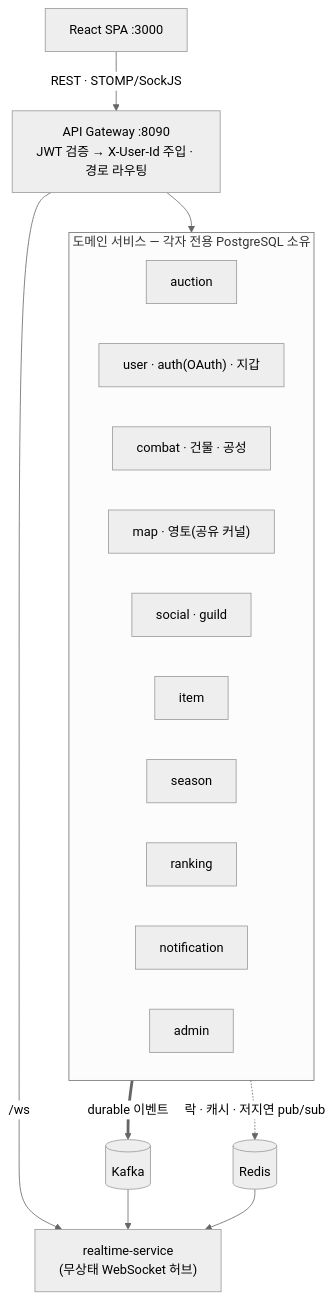
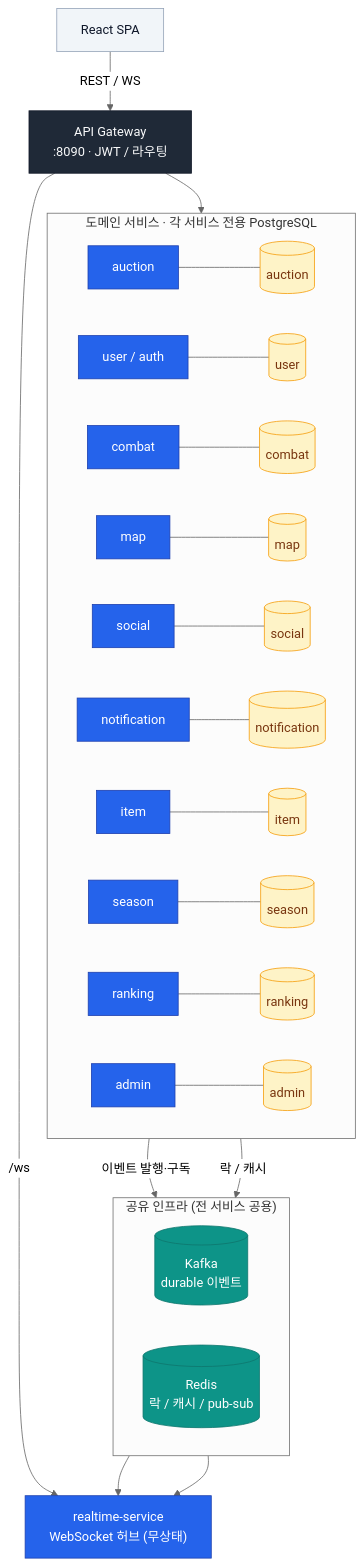
One commit to Kovalt03/Territorial_Auction_MSA changed the diagram in README.md. Above: the diagram before and after it, drawn with Mermaid (neutral theme).

Commit message:
[DOCS][infra] README 아키텍처 다이어그램 개선 — 서비스별 전용 PG·공유 Kafka/Redis (렌더 검증)
각 도메인 서비스에 전용 PostgreSQL을 붙이고 공유 인프라(Kafka·Redis)를 별도 그룹으로
분리해 이벤트 발행·구독/락·캐시 연결을 명확히 표현. classDef 색상으로 계층 구분.
mermaid-cli로 렌더 검증(이모지·middot 제거, 서브그래프 선언 후 엣지로 깨짐 해소).

````diff
--- a/README.md
+++ b/README.md
@@ -66,25 +66,40 @@
 ```mermaid
-graph TD
-    FE["React SPA :3000"] -->|"REST · STOMP/SockJS"| GW["API Gateway :8090<br/>JWT 검증 → X-User-Id 주입 · 경로 라우팅"]
-    GW -->|"/ws"| RT["realtime-service<br/>(무상태 WebSocket 허브)"]
-    GW --> SVC
+flowchart TB
+    FE["React SPA"]:::client
+    GW["API Gateway<br/>:8090 · JWT / 라우팅"]:::gw
+    RT["realtime-service<br/>WebSocket 허브 (무상태)"]:::svc
 
-    subgraph SVC["도메인 서비스 — 각자 전용 PostgreSQL 소유"]
+    subgraph SVCS["도메인 서비스 · 각 서비스 전용 PostgreSQL"]
         direction LR
-        AUC[auction]
-        USR["user · auth(OAuth) · 지갑"]
-        CMB["combat · 건물 · 공성"]
-        MAP["map · 영토(공유 커널)"]
-        SOC["social · guild"]
-        ITM[item]
-        SSN[season]
-        RNK[ranking]
-        NOT[notification]
-        ADM[admin]
+        AUC["auction"]:::svc --- DAUC[("auction")]:::db
+        USR["user / auth"]:::svc --- DUSR[("user")]:::db
+        CMB["combat"]:::svc --- DCMB[("combat")]:::db
+        MAP["map"]:::svc --- DMAP[("map")]:::db
+        SOC["social"]:::svc --- DSOC[("social")]:::db
+        NOT["notification"]:::svc --- DNOT[("notification")]:::db
+        ITM["item"]:::svc --- DITM[("item")]:::db
+        SSN["season"]:::svc --- DSSN[("season")]:::db
+        RNK["ranking"]:::svc --- DRNK[("ranking")]:::db
+        ADM["admin"]:::svc --- DADM[("admin")]:::db
     end
 
-    SVC ==>|"durable 이벤트"| KAFKA[("Kafka")]
-    SVC -.->|"락 · 캐시 · 저지연 pub/sub"| REDIS[("Redis")]
+    subgraph SHARED["공유 인프라 (전 서비스 공용)"]
+        direction LR
+        KAFKA[("Kafka<br/>durable 이벤트")]:::infra
+        REDIS[("Redis<br/>락 / 캐시 / pub-sub")]:::infra
+    end
+
+    FE -->|"REST / WS"| GW
+    GW --> SVCS
+    GW -->|"/ws"| RT
+    SVCS -->|"이벤트 발행·구독"| KAFKA
+    SVCS -->|"락 / 캐시"| REDIS
     KAFKA --> RT
     REDIS --> RT
+
+    classDef client fill:#f1f5f9,stroke:#94a3b8,color:#0f172a
+    classDef gw fill:#1f2937,stroke:#111827,color:#f9fafb
+    classDef svc fill:#2563eb,stroke:#1e40af,color:#ffffff
+    classDef db fill:#fef3c7,stroke:#f59e0b,color:#78350f
+    classDef infra fill:#0d9488,stroke:#0f766e,color:#ffffff
 ```
````
